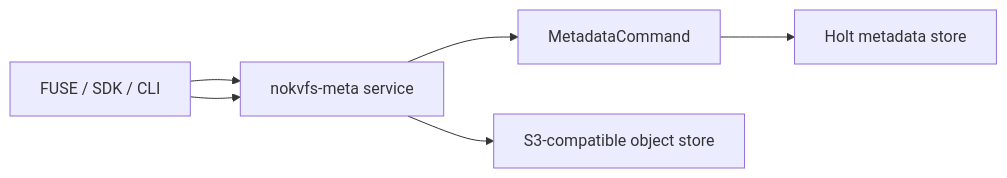
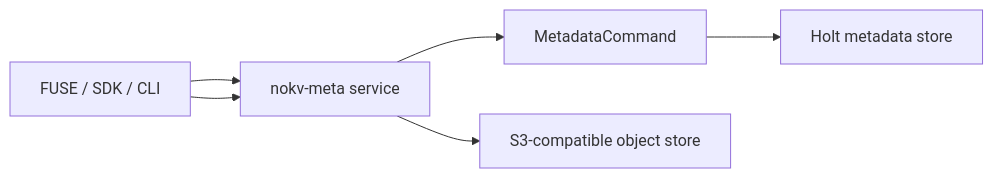
One commit to feichai0017/NoKV changed the diagram in docs/architecture.md. Above: the diagram before and after it, drawn with Mermaid. The commit also changed other lines of this file and 128 other files, not shown here.

````diff
--- a/docs/architecture.md
+++ b/docs/architecture.md
@@ -39,8 +39,8 @@
 ```mermaid
 flowchart LR
     App["AI training / agent client"] --> API["NoKV metad"]
-    App["FUSE / SDK / CLI"] --> API["nokvfs-meta service"]
+    App["FUSE / SDK / CLI"] --> API["nokv-meta service"]
     API --> Command["MetadataCommand"]
     Command --> Holt["Holt metadata store"]
     API --> Object["S3-compatible object store"]
 ```
````
